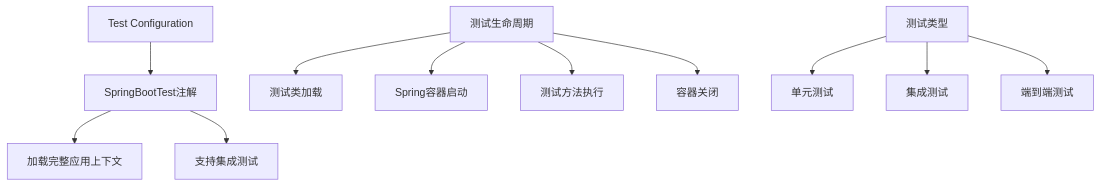
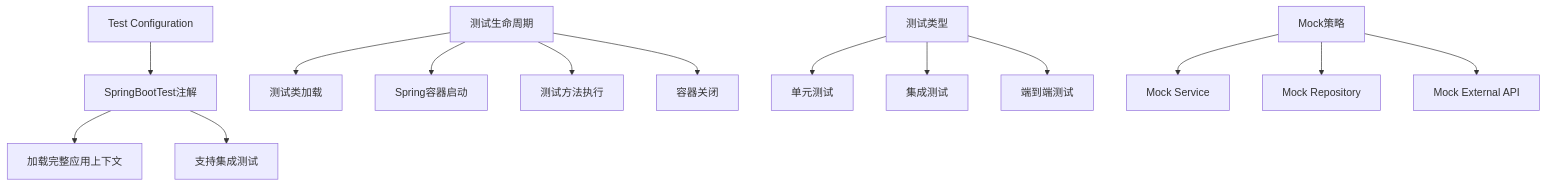
One commit to gree-coder/fund-butler changed diagram 16 of 22 in .qoder/repowiki/zh/content/项目结构详解.md. Above: the diagram before and after it, drawn with Mermaid. The commit also changed other lines of this file and 10 other files, not shown here.

````diff
--- a/.qoder/repowiki/zh/content/项目结构详解.md
+++ b/.qoder/repowiki/zh/content/项目结构详解.md
@@ -259,13 +654,16 @@
 ```mermaid
 flowchart TD
 A[Test Configuration] --> B[SpringBootTest注解]
 B --> C[加载完整应用上下文]
 B --> D[支持集成测试]
 E[测试生命周期] --> F[测试类加载]
 E --> G[Spring容器启动]
 E --> H[测试方法执行]
 E --> I[容器关闭]
 J[测试类型] --> K[单元测试]
 J --> L[集成测试]
 J --> M[端到端测试]
+N[Mock策略] --> O[Mock Service]
+N --> P[Mock Repository]
+N --> Q[Mock External API]
 ```
````
